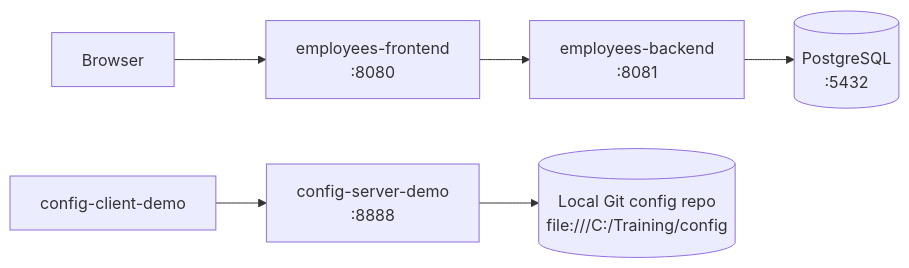
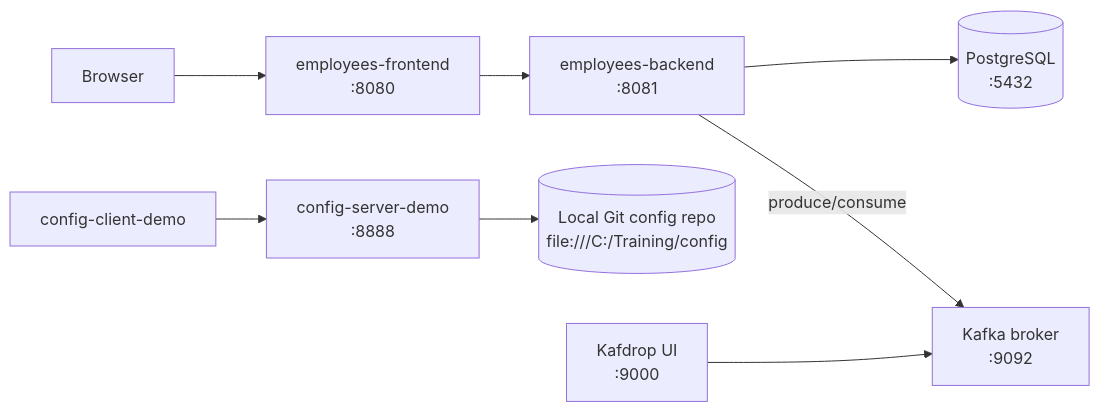
Before and after one commit to CSonTi04/javax-sc-2026-05-06: the first of 2 diagrams in README.md, drawn with Mermaid. The commit also changed other lines of this file, not shown here.

Commit message:
add Kafka and Kafdrop documentation to README

````diff
--- a/README.md
+++ b/README.md
@@ -12,9 +13,12 @@
 ```mermaid
 flowchart LR
-	Browser[Browser] --> FE[employees-frontend\n:8080]
-	FE --> BE[employees-backend\n:8081]
-	BE --> PG[(PostgreSQL\n:5432)]
+    Browser[Browser] --> FE[employees-frontend\n:8080]
+    FE --> BE[employees-backend\n:8081]
+    BE --> PG[(PostgreSQL\n:5432)]
 
-	Client[config-client-demo] --> ConfigServer[config-server-demo\n:8888]
-	ConfigServer --> ConfigRepo[(Local Git config repo\nfile:///C:/Training/config)]
+    Client[config-client-demo] --> ConfigServer[config-server-demo\n:8888]
+    ConfigServer --> ConfigRepo[(Local Git config repo\nfile:///C:/Training/config)]
+
+    BE -->|produce/consume| Kafka[Kafka broker\n:9092]
+    Kafdrop[Kafdrop UI\n:9000] --> Kafka
 ```
````
